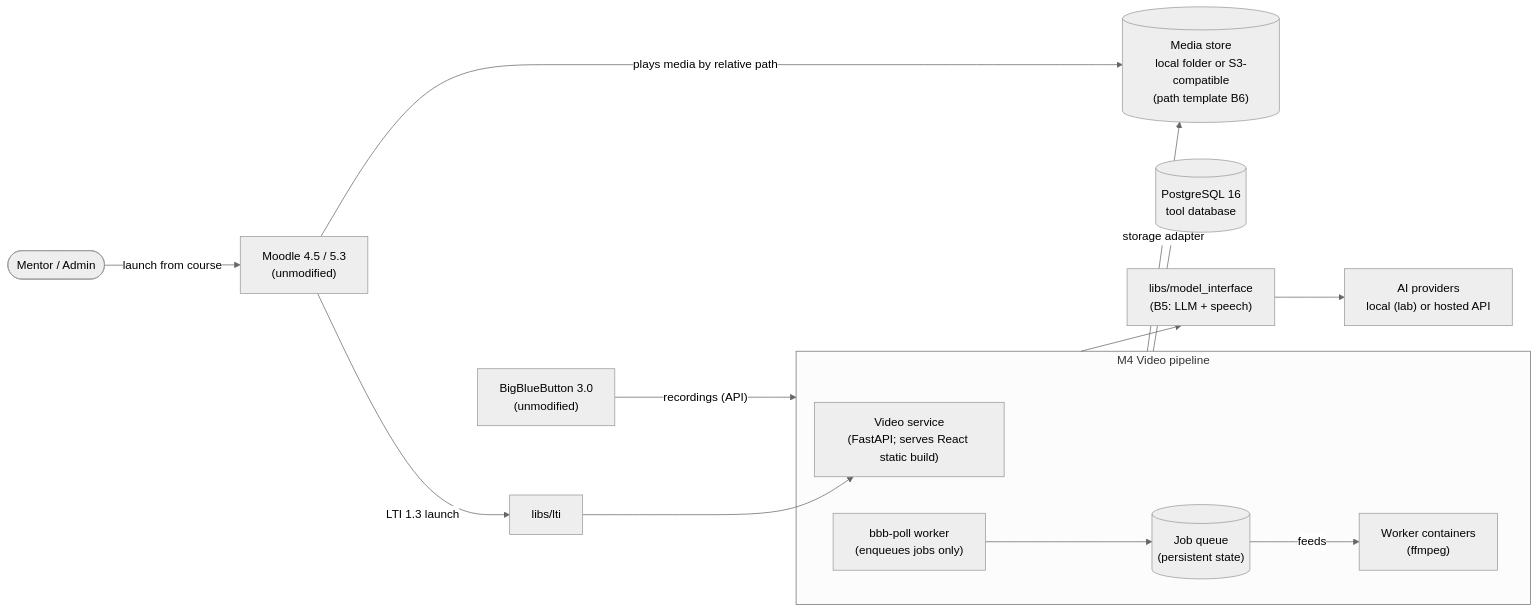
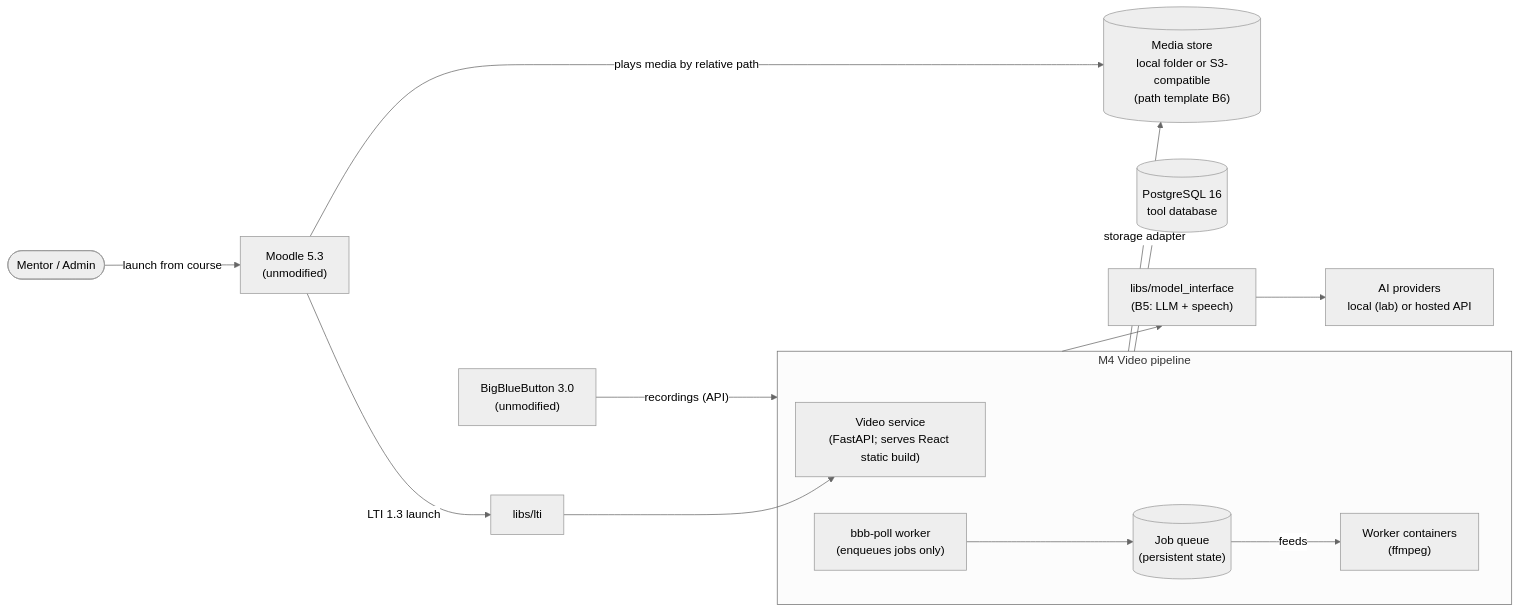
The diagram in docs/design/video.md (narenccode/learnops), drawn with Mermaid (neutral theme) before and after one commit. The commit also changed other lines of this file, not shown here.

Commit message:
docs(video): the design says Moodle 5.3 only (decision 0017, PRD C-03, C4.7, D2, E2); .pending/ and .trash/ are not served as media; a waiting version can be discarded

````diff
--- a/docs/design/video.md
+++ b/docs/design/video.md
@@ -57,19 +57,19 @@
 ```mermaid
 flowchart LR
-    MENTOR(["Mentor / Admin"]) -->|launch from course| MOODLE["Moodle 4.5 / 5.3<br/>(unmodified)"]
+    MENTOR(["Mentor / Admin"]) -->|launch from course| MOODLE["Moodle 5.3<br/>(unmodified)"]
     MOODLE -->|LTI 1.3 launch| LTI["libs/lti"]
     subgraph M4["M4 Video pipeline"]
         SVC["Video service<br/>(FastAPI; serves React static build)"]
         Q[("Job queue<br/>(persistent state)")]
         WORKER["Worker containers<br/>(ffmpeg)"]
         Q -->|feeds| WORKER
     POLL["bbb-poll worker<br/>(enqueues jobs only)"] --> Q
     end
     LTI --> SVC
     BBB["BigBlueButton 3.0<br/>(unmodified)"] -->|"recordings (API)"| M4
     M4 --> MI["libs/model_interface<br/>(B5: LLM + speech)"]
     MI --> AI["AI providers<br/>local (lab) or hosted API"]
     M4 -->|storage adapter| MEDIA[("Media store<br/>local folder or S3-compatible<br/>(path template B6)")]
     M4 --> STORE[("PostgreSQL 16<br/>tool database")]
     MOODLE -->|plays media by relative path| MEDIA
 ```
````
